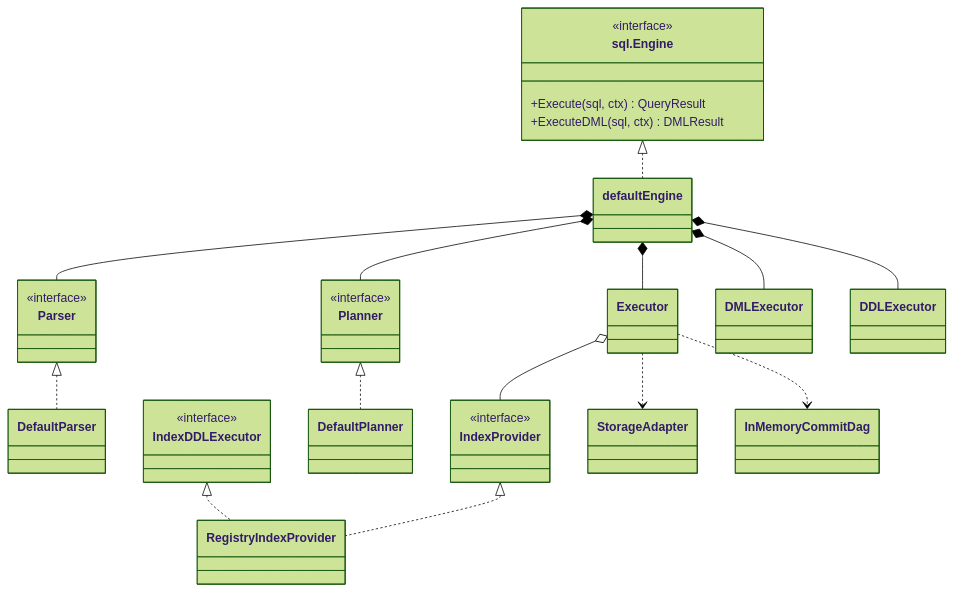
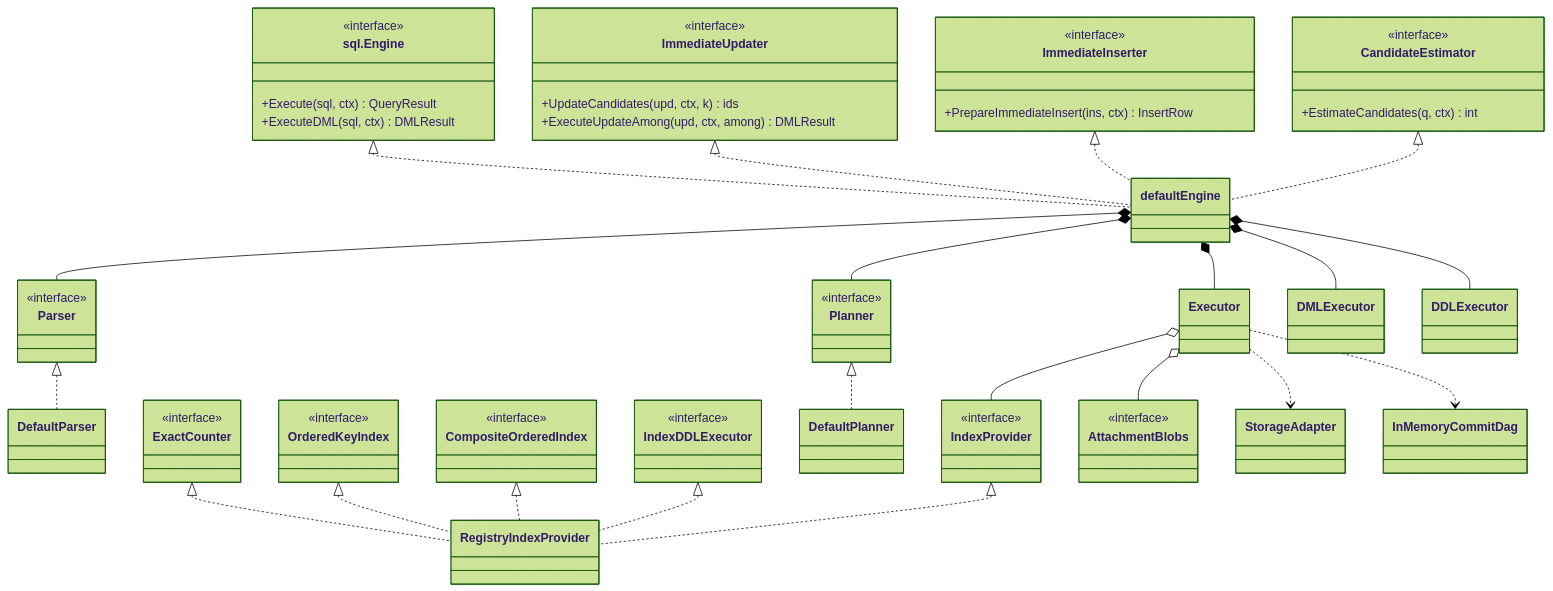
Before and after one commit to dbeasty/kdb: the ninth of 13 diagrams in docs/kdb-class-design.md, drawn with Mermaid (forest theme). The commit also changed other lines of this file and 36 other files, not shown here.

First line of the commit message:
docs: refresh class design and flows against main of 2026-10-23

````diff
--- a/docs/kdb-class-design.md
+++ b/docs/kdb-class-design.md
@@ -1171,33 +1733,65 @@
 ```mermaid
 classDiagram
   class SqlEngine["sql.Engine"] {
     <<interface>>
     +Execute(sql, ctx) QueryResult
     +ExecuteDML(sql, ctx) DMLResult
+  }
+  class ImmediateUpdater {
+    <<interface>>
+    +UpdateCandidates(upd, ctx, k) ids
+    +ExecuteUpdateAmong(upd, ctx, among) DMLResult
+  }
+  class ImmediateInserter {
+    <<interface>>
+    +PrepareImmediateInsert(ins, ctx) InsertRow
+  }
+  class CandidateEstimator {
+    <<interface>>
+    +EstimateCandidates(q, ctx) int
   }
   class Parser {
     <<interface>>
   }
   class Planner {
     <<interface>>
   }
   class IndexProvider {
     <<interface>>
   }
+  class ExactCounter {
+    <<interface>>
+  }
+  class OrderedKeyIndex {
+    <<interface>>
+  }
+  class CompositeOrderedIndex {
+    <<interface>>
+  }
   class IndexDDLExecutor {
     <<interface>>
   }
+  class AttachmentBlobs {
+    <<interface>>
+  }
   SqlEngine <|.. defaultEngine
+  ImmediateUpdater <|.. defaultEngine
+  ImmediateInserter <|.. defaultEngine
+  CandidateEstimator <|.. defaultEngine
   defaultEngine *-- Parser
   defaultEngine *-- Planner
   defaultEngine *-- Executor
   defaultEngine *-- DMLExecutor
   defaultEngine *-- DDLExecutor
   Parser <|.. DefaultParser
   Planner <|.. DefaultPlanner
   Executor o-- IndexProvider
+  Executor o-- AttachmentBlobs
   Executor ..> StorageAdapter
   Executor ..> InMemoryCommitDag
   IndexProvider <|.. RegistryIndexProvider
+  ExactCounter <|.. RegistryIndexProvider
+  OrderedKeyIndex <|.. RegistryIndexProvider
+  CompositeOrderedIndex <|.. RegistryIndexProvider
   IndexDDLExecutor <|.. RegistryIndexProvider
 ```
````
